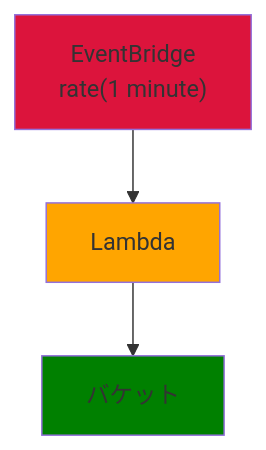
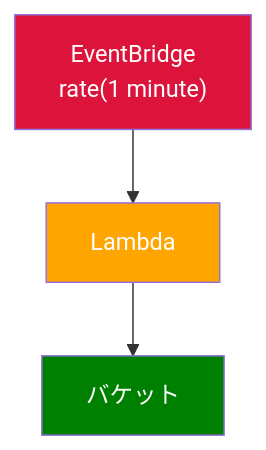
The diagram in sqs-lambda-rate/README.md (cds-code/aws-architecture), drawn with Mermaid before and after one commit.

````diff
--- a/sqs-lambda-rate/README.md
+++ b/sqs-lambda-rate/README.md
@@ -1,9 +1,9 @@
 ```mermaid
 graph TD
     A["EventBridge<br/>rate(1 minute)"] --> B[Lambda]
     B --> C[バケット]
     
-    style A fill:#dc143c
-    style B fill:#ffa500
-    style C fill:#008000
+    style A fill:#dc143c,color:#ffffff
+    style B fill:#ffa500,color:#ffffff
+    style C fill:#008000,color:#ffffff
 ```
````
